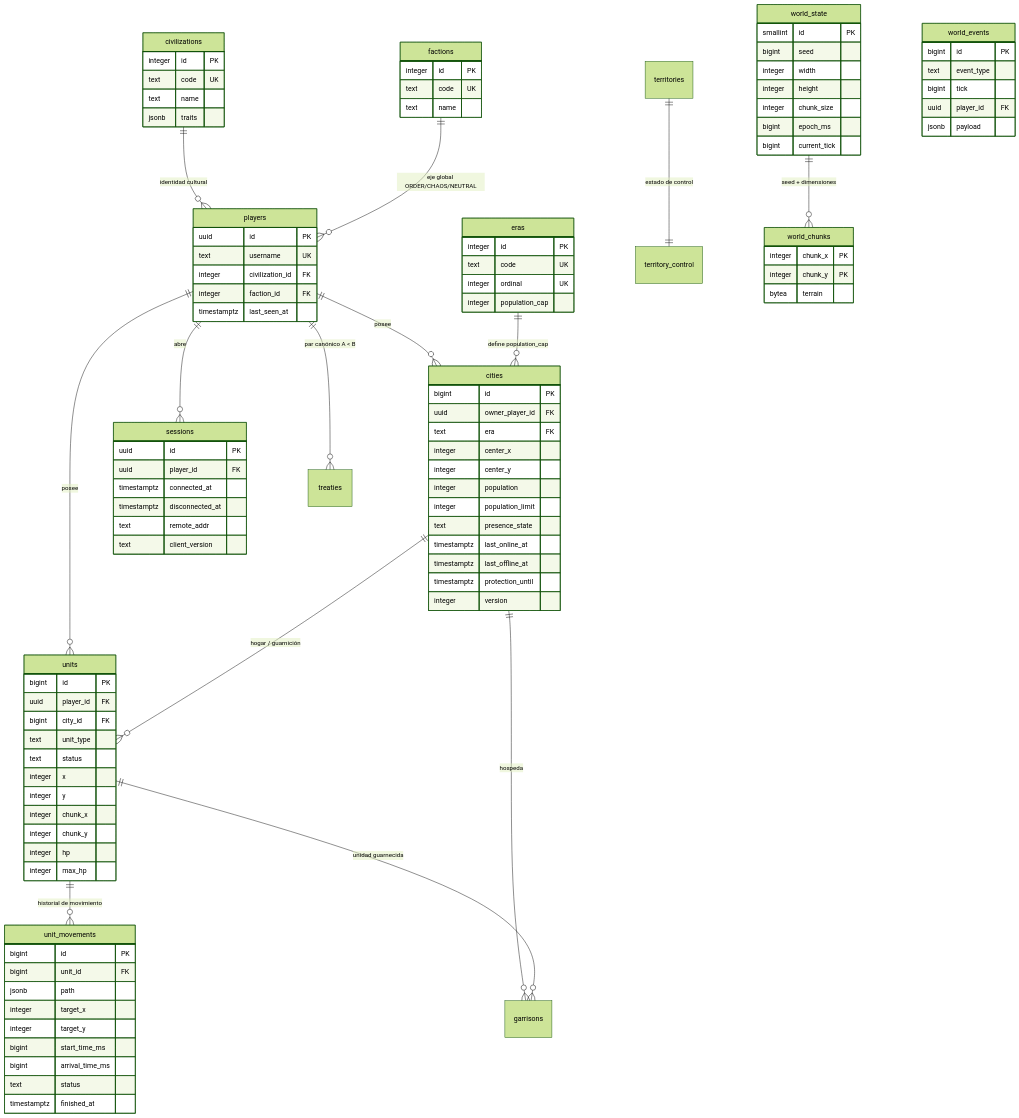
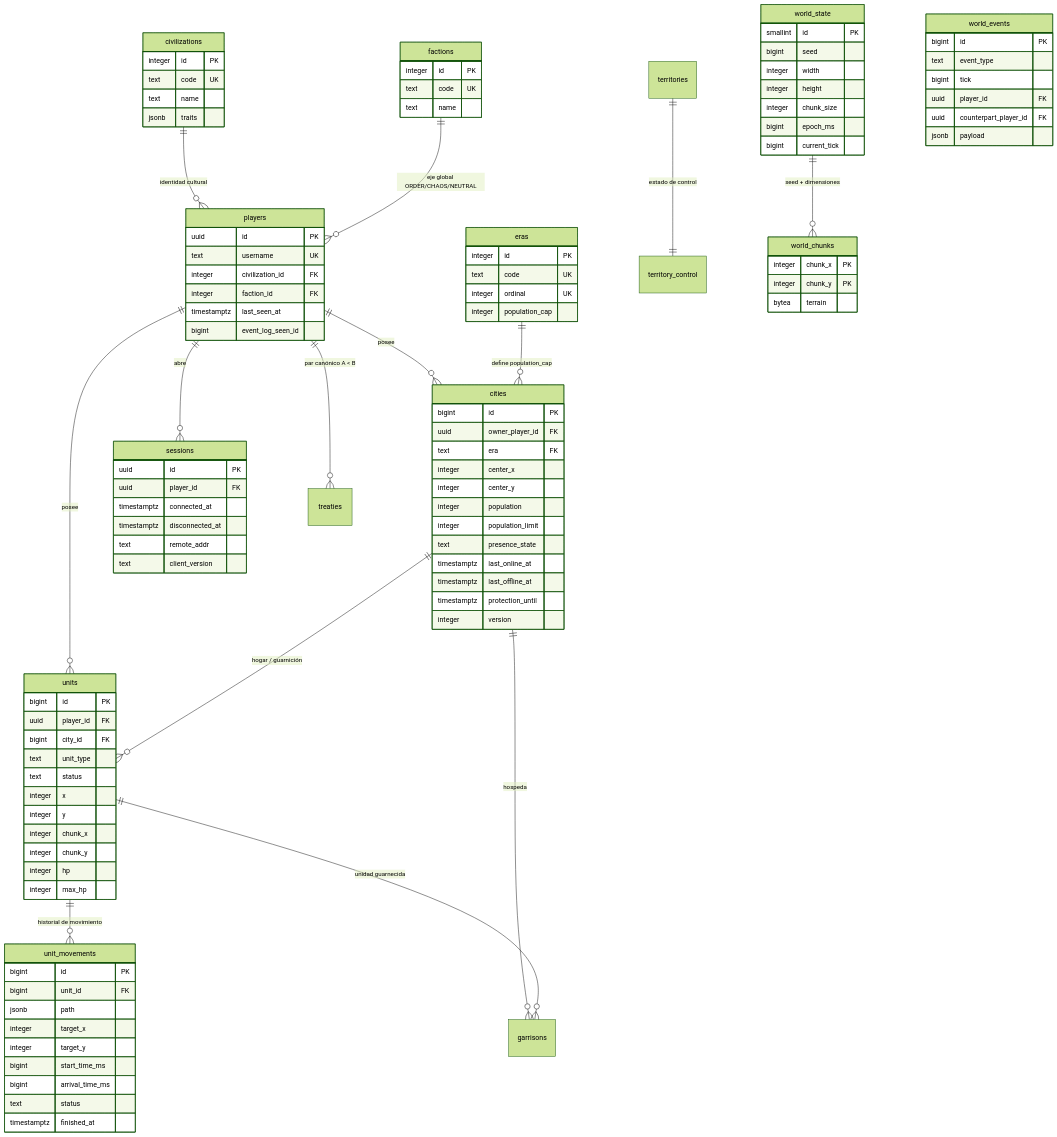
Before and after one commit to sonetlumiere-code/empires-online: the diagram in docs/database/schema.md, drawn with Mermaid (forest theme). The commit also changed other lines of this file and 12 other files, not shown here.

````diff
--- a/docs/database/schema.md
+++ b/docs/database/schema.md
@@ -72,6 +72,7 @@
         integer civilization_id FK
         integer faction_id FK
         timestamptz last_seen_at
+        bigint event_log_seen_id
     }
     civilizations {
         integer id PK
@@ -155,6 +156,7 @@
         text event_type
         bigint tick
         uuid player_id FK
+        uuid counterpart_player_id FK
         jsonb payload
     }
 ```
````
